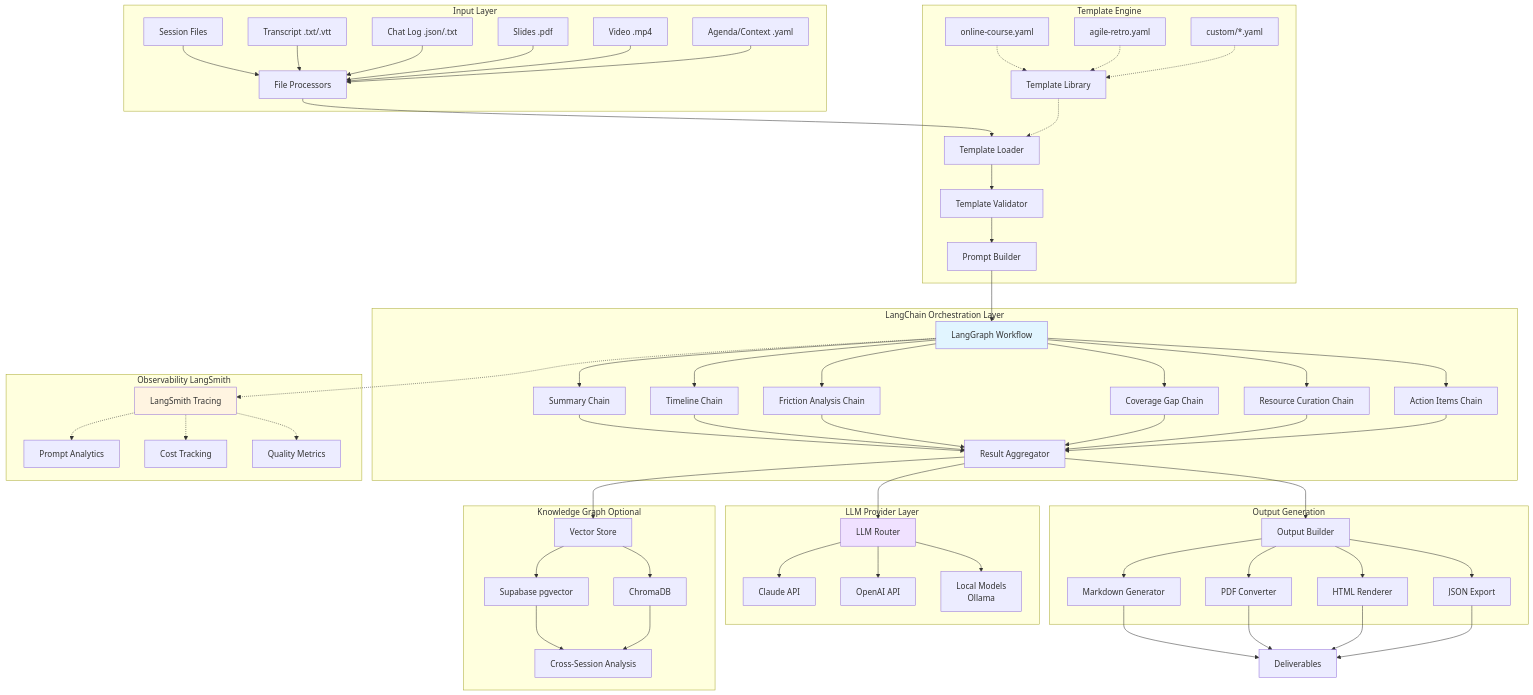
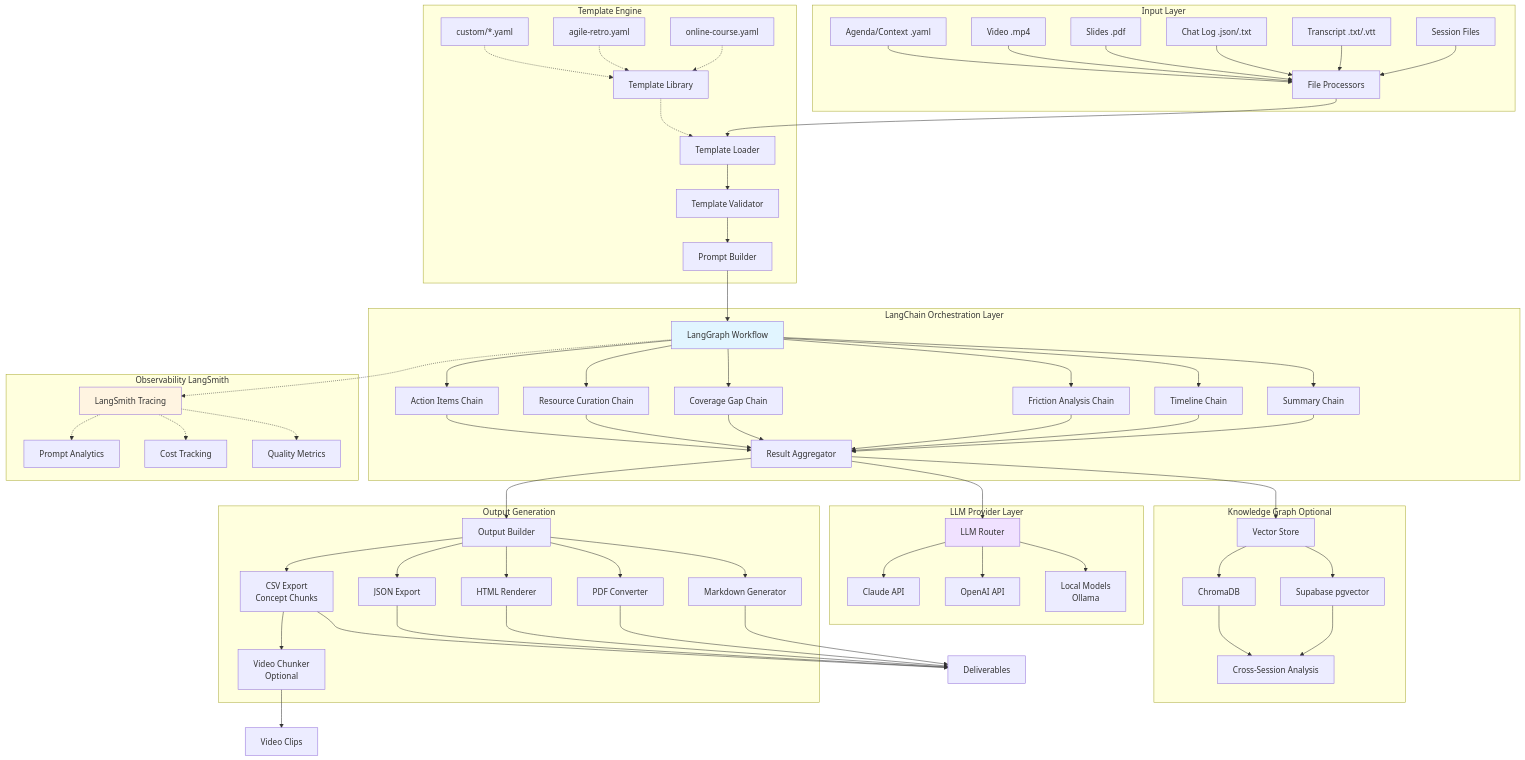
One commit to knightsri/rewind.learn changed the first of 7 diagrams in docs/ARCHITECTURE.md. Above: the diagram before and after it, drawn with Mermaid. The commit also changed other lines of this file and 5 other files, not shown here.

````diff
--- a/docs/ARCHITECTURE.md
+++ b/docs/ARCHITECTURE.md
@@ -5,68 +5,71 @@
 ```mermaid
 graph TB
     subgraph "Input Layer"
         A[Session Files] --> B[File Processors]
         A1[Transcript .txt/.vtt] --> B
         A2[Chat Log .json/.txt] --> B
         A3[Slides .pdf] --> B
         A4[Video .mp4] --> B
         A5[Agenda/Context .yaml] --> B
     end
     
     subgraph "Template Engine"
         B --> C[Template Loader]
         C --> D[Template Validator]
         D --> E[Prompt Builder]
         T[Template Library] -.-> C
         T1[online-course.yaml] -.-> T
         T2[agile-retro.yaml] -.-> T
         T3[custom/*.yaml] -.-> T
     end
     
     subgraph "LangChain Orchestration Layer"
         E --> F[LangGraph Workflow]
         F --> G1[Summary Chain]
         F --> G2[Timeline Chain]
         F --> G3[Friction Analysis Chain]
         F --> G4[Coverage Gap Chain]
         F --> G5[Resource Curation Chain]
         F --> G6[Action Items Chain]
         
         G1 & G2 & G3 & G4 & G5 & G6 --> H[Result Aggregator]
     end
     
     subgraph "LLM Provider Layer"
         H --> I[LLM Router]
         I --> J1[Claude API]
         I --> J2[OpenAI API]
         I --> J3[Local Models<br/>Ollama]
     end
     
     subgraph "Knowledge Graph Optional"
         H --> K[Vector Store]
         K --> K1[Supabase pgvector]
         K --> K2[ChromaDB]
         K1 & K2 --> L[Cross-Session Analysis]
     end
     
     subgraph "Output Generation"
         H --> M[Output Builder]
         M --> N1[Markdown Generator]
         M --> N2[PDF Converter]
         M --> N3[HTML Renderer]
         M --> N4[JSON Export]
+        M --> N5[CSV Export<br/>Concept Chunks]
+        N5 --> N6[Video Chunker<br/>Optional]
     end
     
     subgraph "Observability LangSmith"
         F -.-> O[LangSmith Tracing]
         O -.-> P[Prompt Analytics]
         O -.-> Q[Cost Tracking]
         O -.-> R[Quality Metrics]
     end
     
-    N1 & N2 & N3 & N4 --> S[Deliverables]
+    N1 & N2 & N3 & N4 & N5 --> S[Deliverables]
+    N6 --> S2[Video Clips]
     
     style F fill:#e1f5ff
     style O fill:#fff4e1
     style I fill:#f0e1ff
 ```
````
